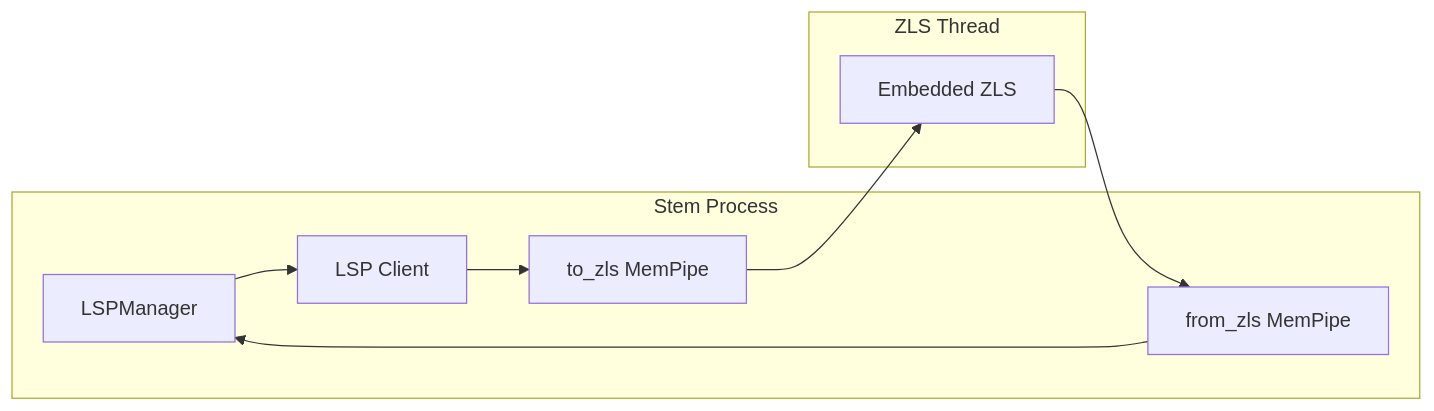
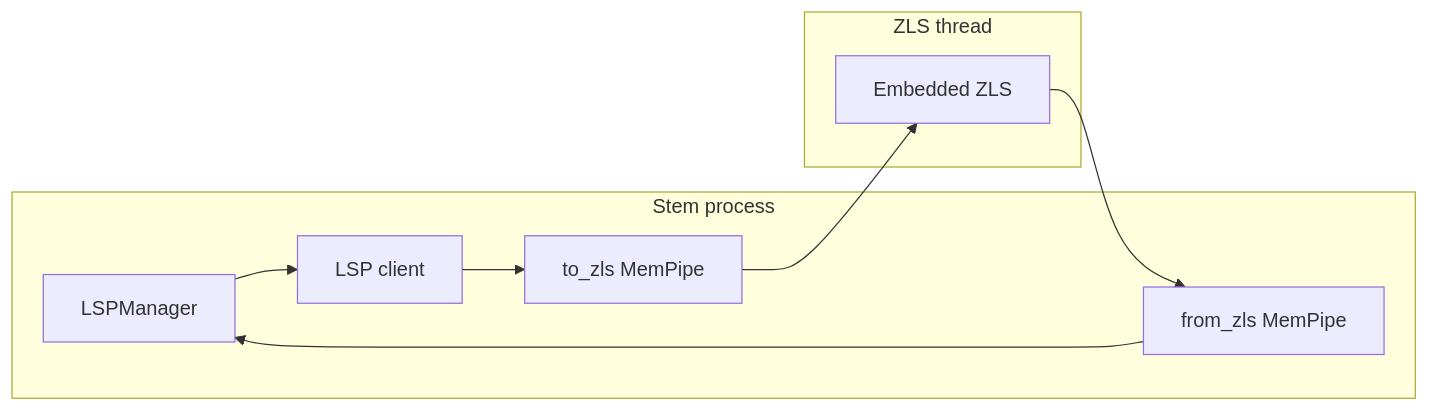
Before and after one commit to ooyeku/stem: the third of 4 diagrams in docs/stem.md, drawn with Mermaid. The commit also changed other lines of this file and 6 other files, not shown here.

````diff
--- a/docs/stem.md
+++ b/docs/stem.md
@@ -736,17 +545,17 @@
 ```mermaid
 graph LR
-    subgraph "Stem Process"
+    subgraph "Stem process"
         LM[LSPManager]
-        CLIENT[LSP Client]
+        CLIENT[LSP client]
         TO[to_zls MemPipe]
         FROM[from_zls MemPipe]
     end
-    
-    subgraph "ZLS Thread"
+
+    subgraph "ZLS thread"
         ZLS[Embedded ZLS]
     end
-    
+
     LM --> CLIENT
     CLIENT --> TO --> ZLS
     ZLS --> FROM --> LM
 ```
````
